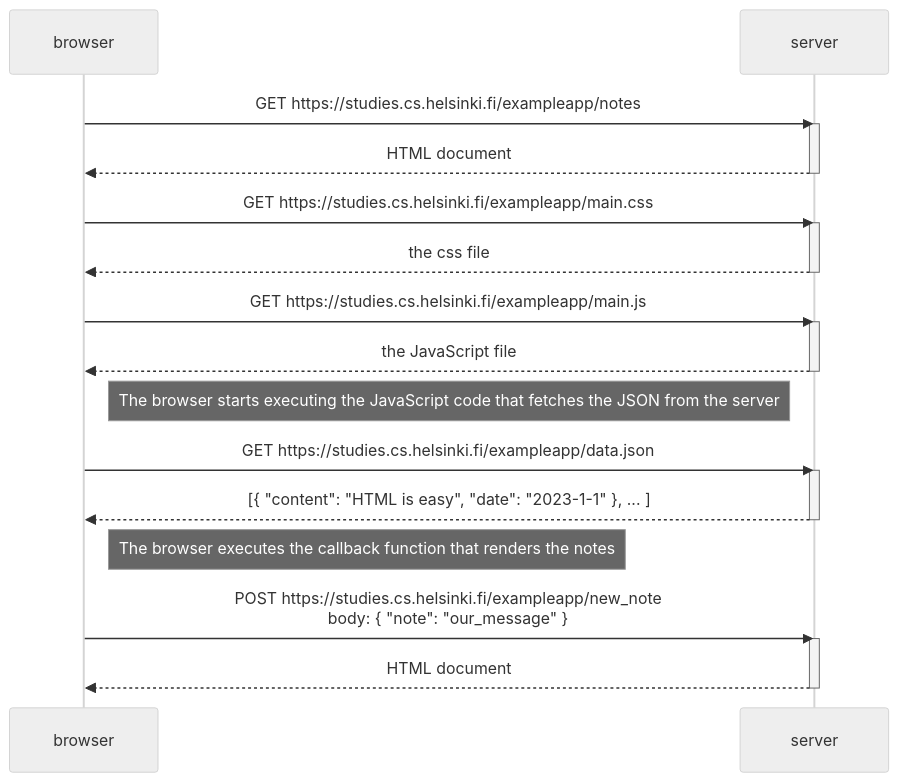
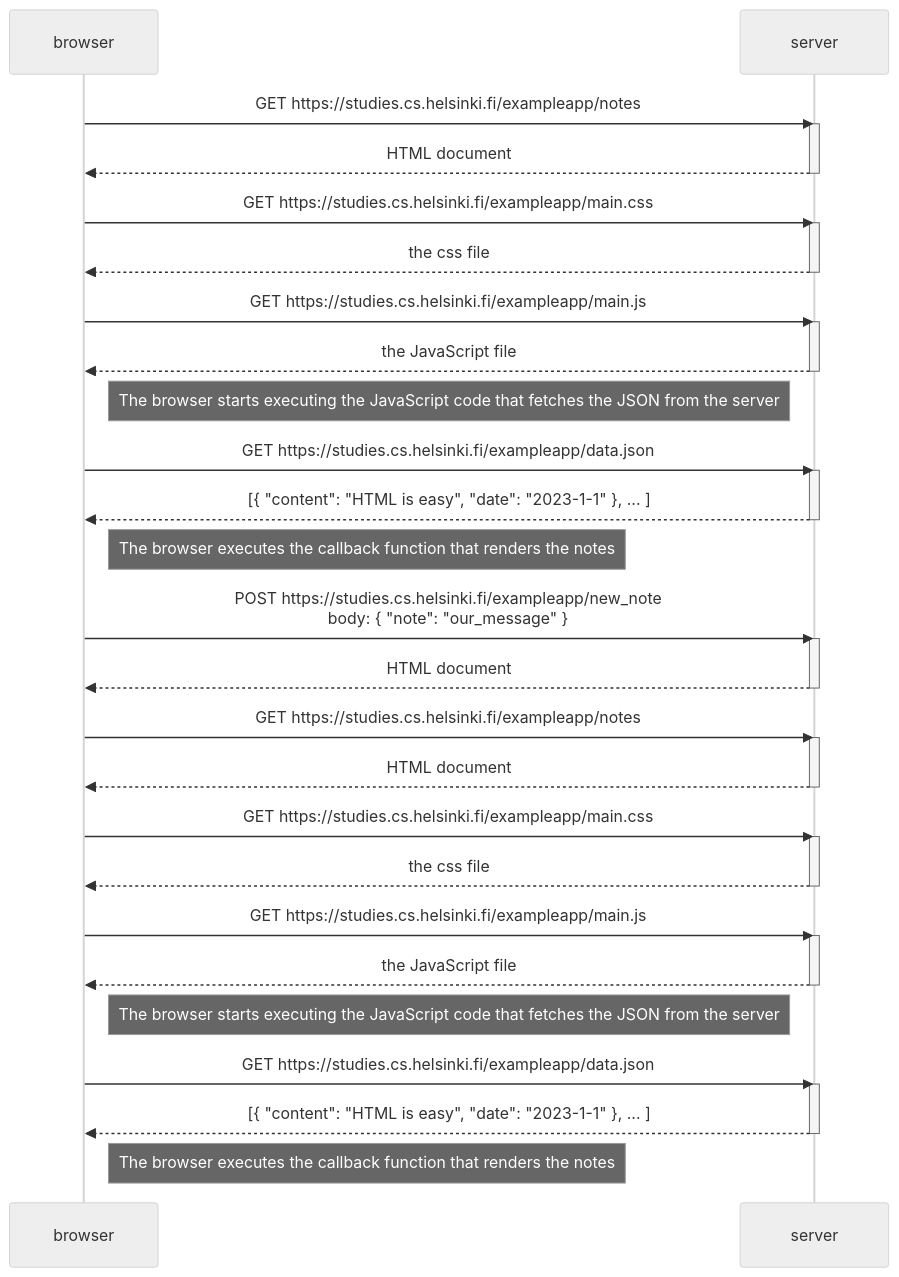
Before and after one commit to SkySock/fullstackopen: the diagram in part0/new_note_diagram.md, drawn with Mermaid (neutral theme).

````diff
--- a/part0/new_note_diagram.md
+++ b/part0/new_note_diagram.md
@@ -1,35 +1,59 @@
 ```mermaid
 sequenceDiagram
     participant browser
     participant server
 
     browser->>server: GET https://studies.cs.helsinki.fi/exampleapp/notes
     activate server
     server-->>browser: HTML document
     deactivate server
 
     browser->>server: GET https://studies.cs.helsinki.fi/exampleapp/main.css
     activate server
     server-->>browser: the css file
     deactivate server
 
     browser->>server: GET https://studies.cs.helsinki.fi/exampleapp/main.js
     activate server
     server-->>browser: the JavaScript file
     deactivate server
 
     Note right of browser: The browser starts executing the JavaScript code that fetches the JSON from the server
 
     browser->>server: GET https://studies.cs.helsinki.fi/exampleapp/data.json
     activate server
     server-->>browser: [{ "content": "HTML is easy", "date": "2023-1-1" }, ... ]
     deactivate server
 
     Note right of browser: The browser executes the callback function that renders the notes
 
     browser->>server: POST https://studies.cs.helsinki.fi/exampleapp/new_note <br/>body: { "note": "our_message" }
     
     activate server
     server-->>browser: HTML document
     deactivate server
+
+    browser->>server: GET https://studies.cs.helsinki.fi/exampleapp/notes
+    activate server
+    server-->>browser: HTML document
+    deactivate server
+
+    browser->>server: GET https://studies.cs.helsinki.fi/exampleapp/main.css
+    activate server
+    server-->>browser: the css file
+    deactivate server
+
+    browser->>server: GET https://studies.cs.helsinki.fi/exampleapp/main.js
+    activate server
+    server-->>browser: the JavaScript file
+    deactivate server
+
+    Note right of browser: The browser starts executing the JavaScript code that fetches the JSON from the server
+
+    browser->>server: GET https://studies.cs.helsinki.fi/exampleapp/data.json
+    activate server
+    server-->>browser: [{ "content": "HTML is easy", "date": "2023-1-1" }, ... ]
+    deactivate server
+
+    Note right of browser: The browser executes the callback function that renders the notes
 ```
````
